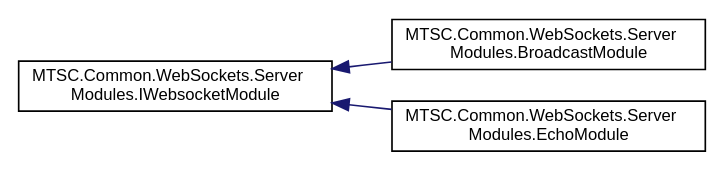
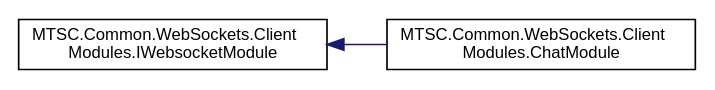
Before and after one commit to AlexMacocian/MTSC: the diagram in docs/inherit_graph_6.dot, drawn with Graphviz. The commit also changed 348 other files, not shown here.

```diff
--- a/docs/inherit_graph_6.dot
+++ b/docs/inherit_graph_6.dot
@@ -1,12 +1,10 @@
 digraph "Graphical Class Hierarchy"
 {
  // LATEX_PDF_SIZE
   edge [fontname="Helvetica",fontsize="10",labelfontname="Helvetica",labelfontsize="10"];
   node [fontname="Helvetica",fontsize="10",shape=record];
   rankdir="LR";
-  Node0 [label="MTSC.Common.WebSockets.Server\lModules.IWebsocketModule",height=0.2,width=0.4,color="black", fillcolor="white", style="filled",URL="$d9/dc0/interface_m_t_s_c_1_1_common_1_1_web_sockets_1_1_server_modules_1_1_i_websocket_module.html",tooltip=" "];
+  Node0 [label="MTSC.Common.WebSockets.Client\lModules.IWebsocketModule",height=0.2,width=0.4,color="black", fillcolor="white", style="filled",URL="$dc/de4/interface_m_t_s_c_1_1_common_1_1_web_sockets_1_1_client_modules_1_1_i_websocket_module.html",tooltip="Interface for websocket modules."];
   Node0 -> Node1 [dir="back",color="midnightblue",fontsize="10",style="solid",fontname="Helvetica"];
-  Node1 [label="MTSC.Common.WebSockets.Server\lModules.BroadcastModule",height=0.2,width=0.4,color="black", fillcolor="white", style="filled",URL="$d5/d0c/class_m_t_s_c_1_1_common_1_1_web_sockets_1_1_server_modules_1_1_broadcast_module.html",tooltip=" "];
-  Node0 -> Node2 [dir="back",color="midnightblue",fontsize="10",style="solid",fontname="Helvetica"];
-  Node2 [label="MTSC.Common.WebSockets.Server\lModules.EchoModule",height=0.2,width=0.4,color="black", fillcolor="white", style="filled",URL="$d4/d10/class_m_t_s_c_1_1_common_1_1_web_sockets_1_1_server_modules_1_1_echo_module.html",tooltip=" "];
+  Node1 [label="MTSC.Common.WebSockets.Client\lModules.ChatModule",height=0.2,width=0.4,color="black", fillcolor="white", style="filled",URL="$df/def/class_m_t_s_c_1_1_common_1_1_web_sockets_1_1_client_modules_1_1_chat_module.html",tooltip=" "];
 }
```
